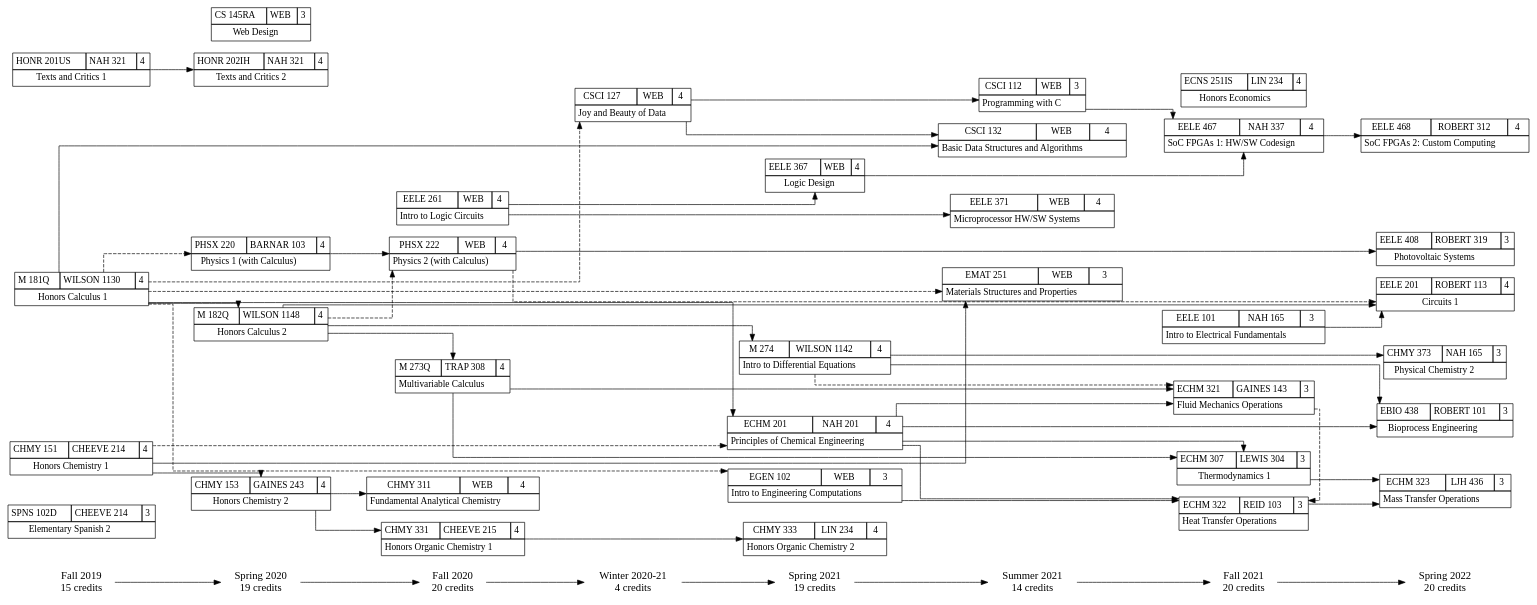
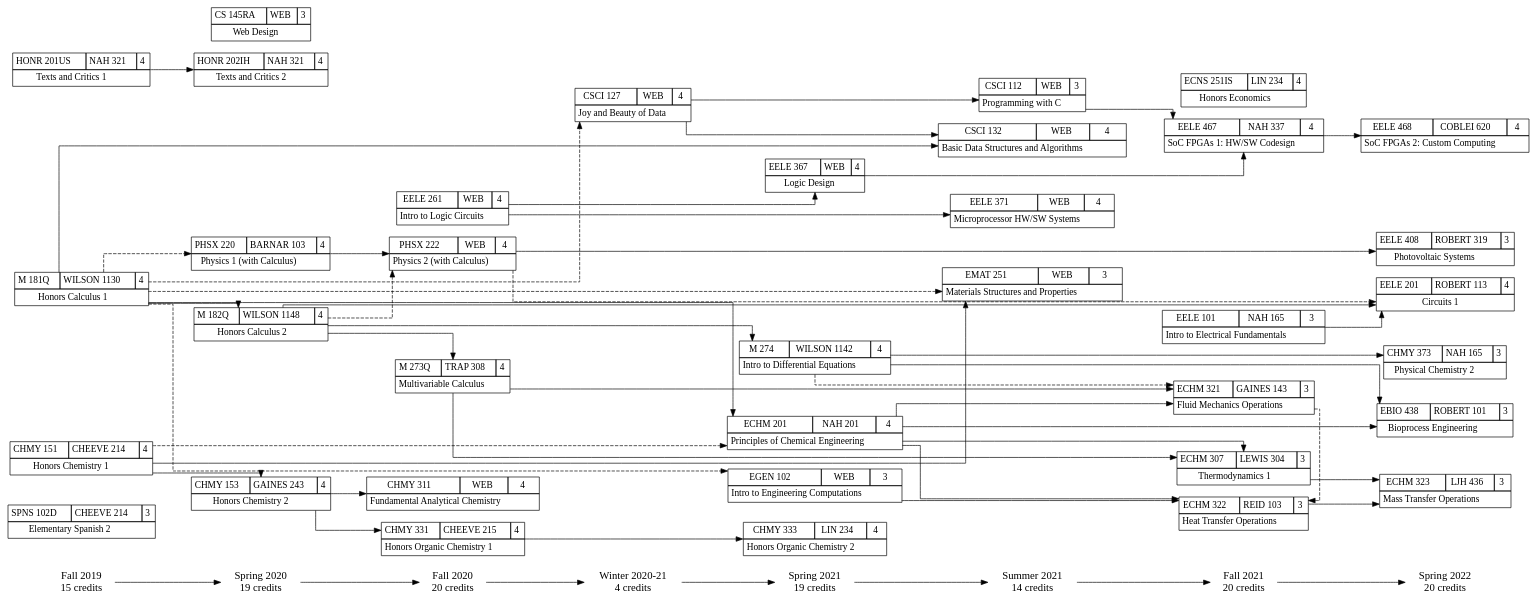
Before and after one commit to w-culhane/courses-flowchart: the diagram in courses_current.gv, drawn with Graphviz. The commit also changed 1 other file, not shown here.

```diff
--- a/courses_current.gv
+++ b/courses_current.gv
@@ -401,7 +401,7 @@
 <TABLE BORDER="0" CELLBORDER="1" CELLSPACING="0" CELLPADDING="4">
 <TR>
 <TD>\N</TD>
-<TD>ROBERT 312</TD>
+<TD>COBLEI 620</TD>
 <TD>4</TD>
 </TR>
 <TR><TD COLSPAN="3">SoC FPGAs 2: Custom Computing</TD></TR>
```
